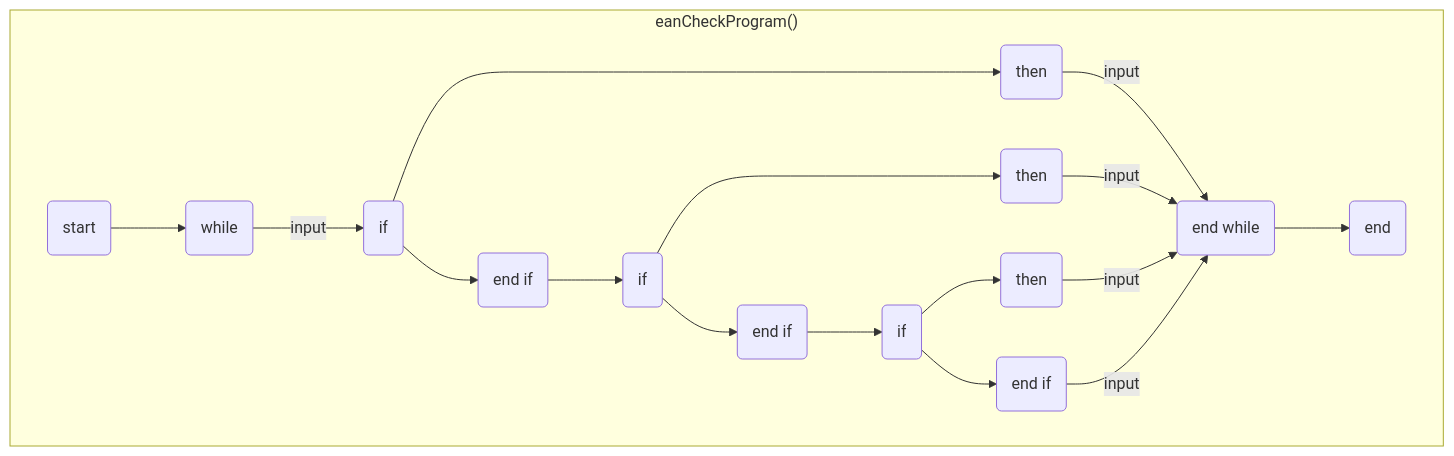
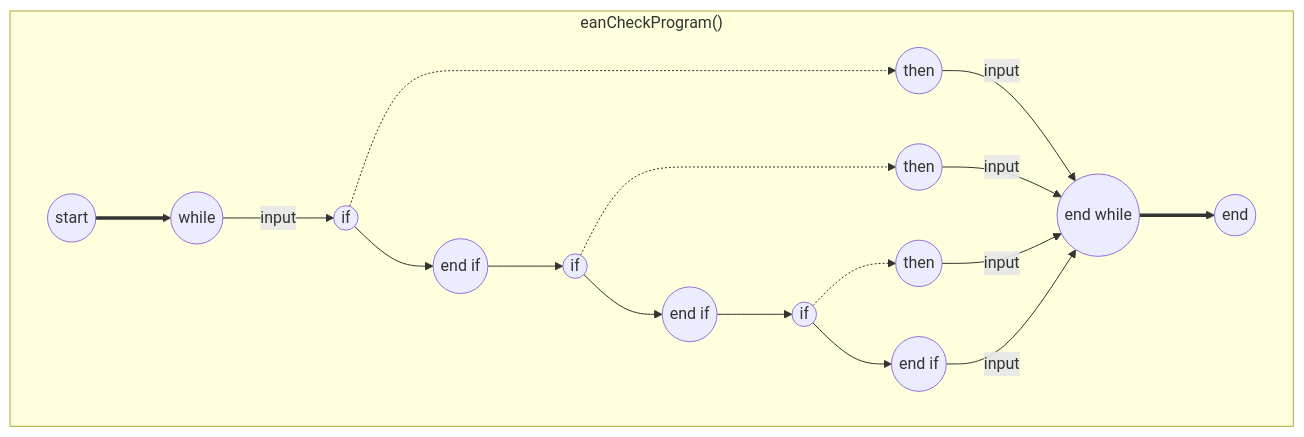
One commit to AlbelNox/EAN-Progamm changed the eighth of 8 diagrams in Walkthrough.md. Above: the diagram before and after it, drawn with Mermaid. The commit also changed other lines of this file, not shown here.

First line of the commit message:
amend Controll Flow Graphs

````diff
--- a/Walkthrough.md
+++ b/Walkthrough.md
@@ -212,20 +212,20 @@
 ```mermaid
 graph TD
 subgraph "eanCheckProgram()"
-A(start) --> B(while)
-B-->|input| C(if)
-C --> D(then)
+A((start)) ==> B((while))
+B-->|input| C((if))
+C -.-> D((then))
 D -->|input| L
-C --> E(end if)
-E --> F(if)
-F --> G(then)
+C --> E((end if))
+E --> F((if))
+F -.-> G((then))
 G -->|input| L
-F --> H(end if)
-H --> I(if)
-I --> J(then)
+F --> H((end if))
+H --> I((if))
+I -.-> J((then))
 J -->|input| L
-I --> K(end if)
-K -->|input| L(end while)
-L --> M(end) 
+I --> K((end if))
+K -->|input| L((end while))
+L ==> M((end)) 
 end
 ```
````
